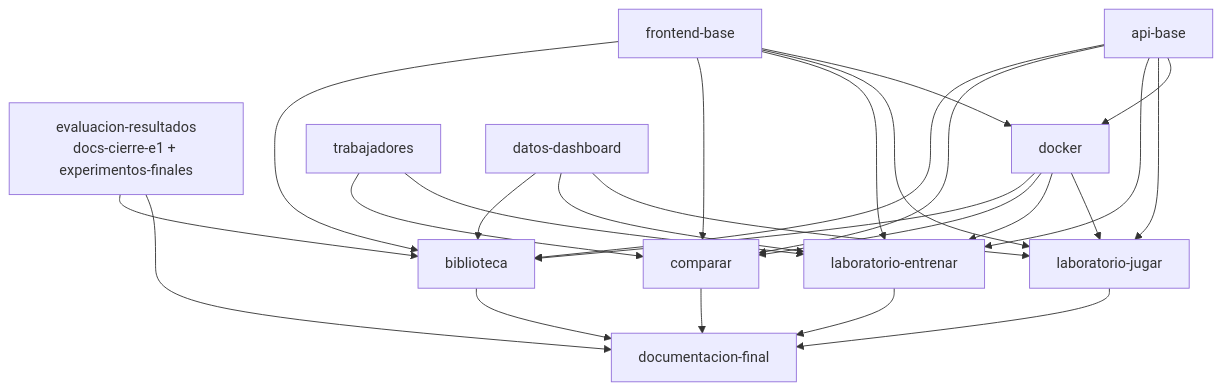
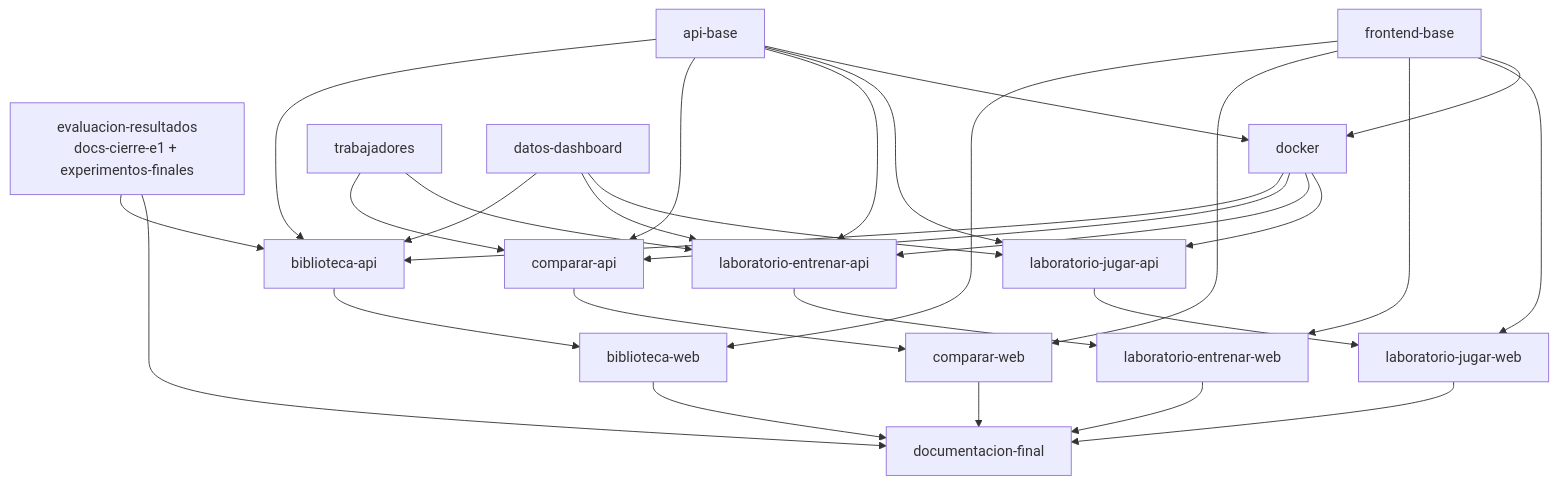
One commit to Ibonerdoiza2004/tiiac-proyecto changed the second of 2 diagrams in docs/plan-e2.md. Above: the diagram before and after it, drawn with Mermaid. The commit also changed other lines of this file and 1 other file, not shown here.

````diff
--- a/docs/plan-e2.md
+++ b/docs/plan-e2.md
@@ -122,16 +141,20 @@
 ```mermaid
 flowchart TD
     A[evaluacion-resultados<br>docs-cierre-e1 + experimentos-finales] --> L[documentacion-final]
-    A --> K
+    A --> K1
     C[api-base] --> G[docker]
     D[frontend-base] --> G
-    C --> H & I & J & K
-    D --> H & I & J & K
-    E[trabajadores] --> I & J
-    F[datos-dashboard] --> H & I & K
-    G --> H[laboratorio-jugar]
-    G --> I[laboratorio-entrenar]
-    G --> J[comparar]
-    G --> K[biblioteca]
-    H & I & J & K --> L
+    C --> H1 & I1 & J1 & K1
+    D --> H2 & I2 & J2 & K2
+    E[trabajadores] --> I1 & J1
+    F[datos-dashboard] --> H1 & I1 & K1
+    G --> H1[laboratorio-jugar-api]
+    G --> I1[laboratorio-entrenar-api]
+    G --> J1[comparar-api]
+    G --> K1[biblioteca-api]
+    H1 --> H2[laboratorio-jugar-web]
+    I1 --> I2[laboratorio-entrenar-web]
+    J1 --> J2[comparar-web]
+    K1 --> K2[biblioteca-web]
+    H2 & I2 & J2 & K2 --> L
 ```
````
